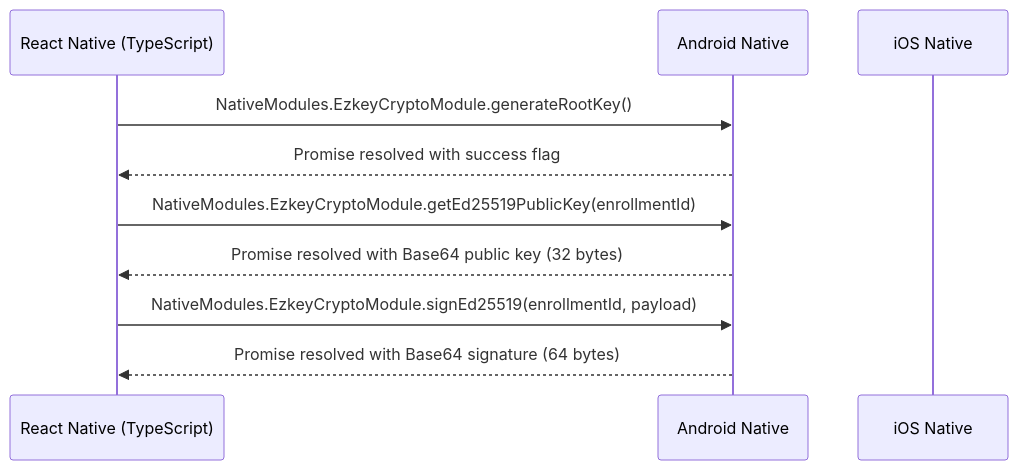
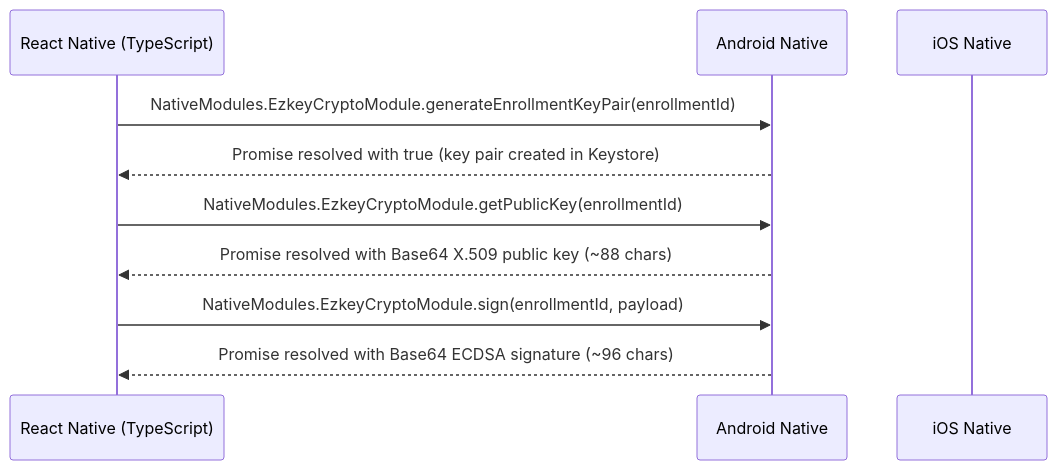
Before and after one commit to mgagp/ezkey: the diagram in ezkey_mobile/docs/NATIVE_MODULES.md, drawn with Mermaid. The commit also changed other lines of this file and 17 other files, not shown here.

First line of the commit message:
Refactor Crypto API to use EC P-256 key pairs

````diff
--- a/ezkey_mobile/docs/NATIVE_MODULES.md
+++ b/ezkey_mobile/docs/NATIVE_MODULES.md
@@ -23,12 +23,12 @@
 ```mermaid
 sequenceDiagram
     participant JS as React Native (TypeScript)
     participant Android as Android Native
     participant iOS as iOS Native
-    JS->>Android: NativeModules.EzkeyCryptoModule.generateRootKey()
-    Android-->>JS: Promise resolved with success flag
-    JS->>Android: NativeModules.EzkeyCryptoModule.getEd25519PublicKey(enrollmentId)
-    Android-->>JS: Promise resolved with Base64 public key (32 bytes)
-    JS->>Android: NativeModules.EzkeyCryptoModule.signEd25519(enrollmentId, payload)
-    Android-->>JS: Promise resolved with Base64 signature (64 bytes)
+    JS->>Android: NativeModules.EzkeyCryptoModule.generateEnrollmentKeyPair(enrollmentId)
+    Android-->>JS: Promise resolved with true (key pair created in Keystore)
+    JS->>Android: NativeModules.EzkeyCryptoModule.getPublicKey(enrollmentId)
+    Android-->>JS: Promise resolved with Base64 X.509 public key (~88 chars)
+    JS->>Android: NativeModules.EzkeyCryptoModule.sign(enrollmentId, payload)
+    Android-->>JS: Promise resolved with Base64 ECDSA signature (~96 chars)
 ```
````
